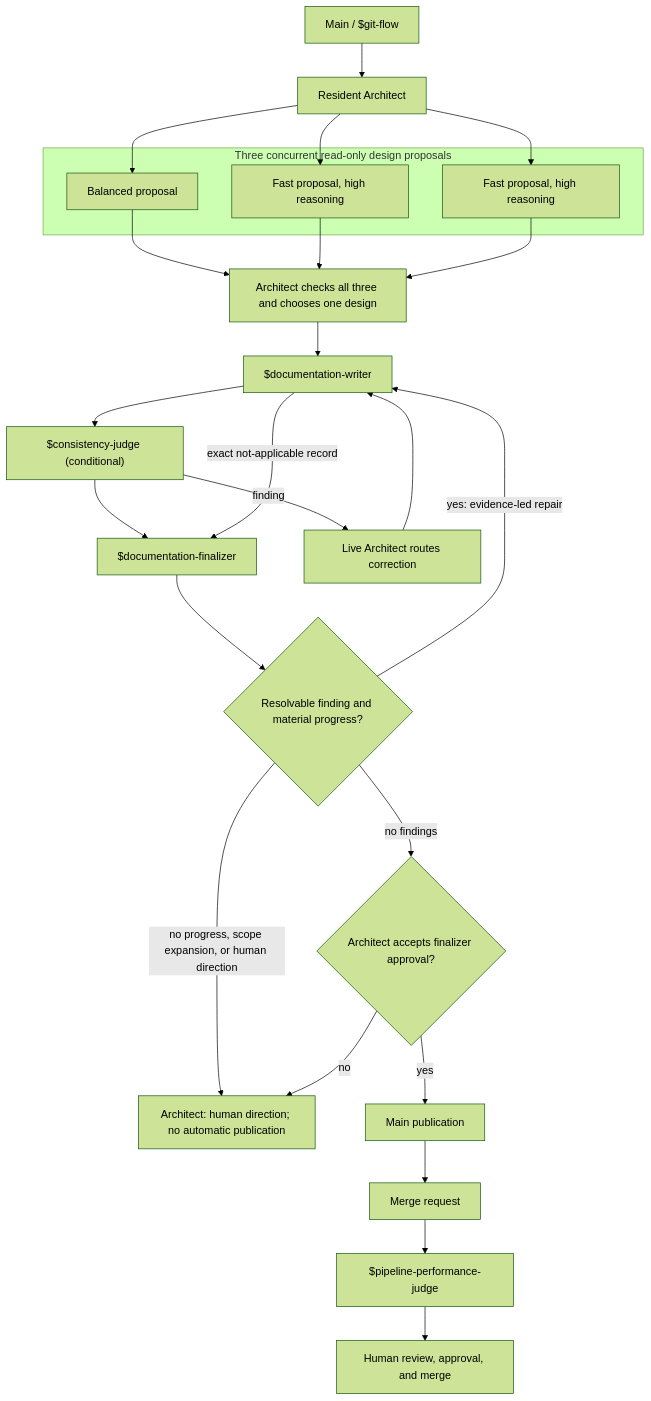
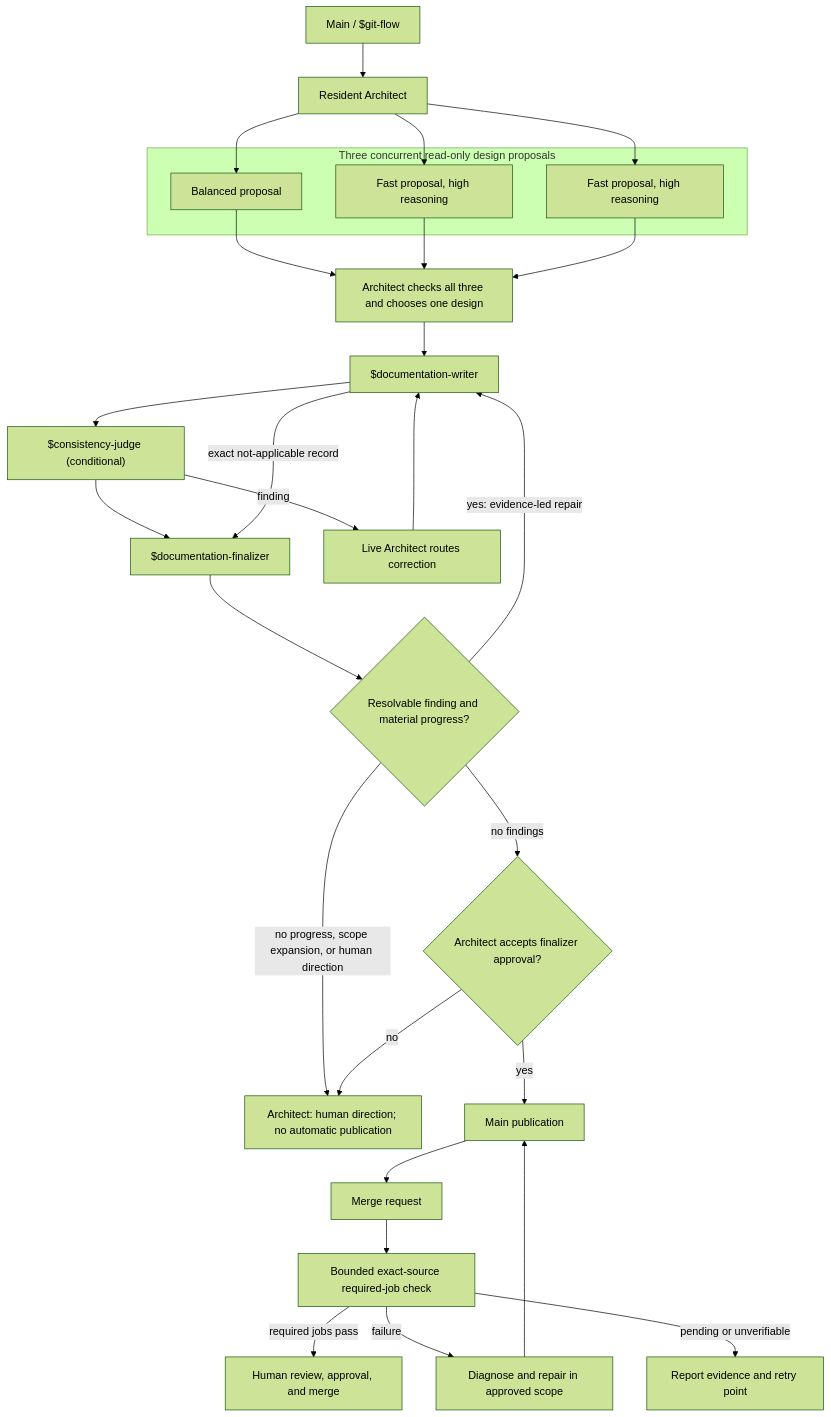
One commit to dfwguy/nvis-ova-agentic-copier changed the second of 5 diagrams in docs/explanation/agentic-workflow.md. Above: the diagram before and after it, drawn with Mermaid (forest theme). The commit also changed other lines of this file and 43 other files, not shown here.

Commit message:
fix: reconcile exact required pipeline jobs without duration gate (#259)

````diff
--- a/docs/explanation/agentic-workflow.md
+++ b/docs/explanation/agentic-workflow.md
@@ -336,30 +339,33 @@
 ```mermaid
 flowchart TD
     docmain["Main / $git-flow"] --> docarchitect["Resident Architect"]
     subgraph docproposals["Three concurrent read-only design proposals"]
         docbalanced["Balanced proposal"]
         docfastone["Fast proposal, high reasoning"]
         docfasttwo["Fast proposal, high reasoning"]
     end
     docarchitect --> docbalanced
     docarchitect --> docfastone
     docarchitect --> docfasttwo
     docbalanced --> docsynthesis["Architect checks all three and chooses one design"]
     docfastone --> docsynthesis
     docfasttwo --> docsynthesis
     docsynthesis --> docwriter["$documentation-writer"]
     docwriter --> docconsistency["$consistency-judge (conditional)"]
     docconsistency --> docfinalizer["$documentation-finalizer"]
     docwriter -- "exact not-applicable record" --> docfinalizer
     docconsistency -- "finding" --> doccorrection["Live Architect routes correction"]
     doccorrection --> docwriter
     docfinalizer --> docprogress{"Resolvable finding and material progress?"}
     docprogress -- "yes: evidence-led repair" --> docwriter
     docprogress -- "no findings" --> docdecision{"Architect accepts finalizer approval?"}
     docprogress -- "no progress, scope expansion, or human direction" --> dochuman["Architect: human direction; no automatic publication"]
     docdecision -- "yes" --> docpublish["Main publication"]
     docdecision -- "no" --> dochuman
     docpublish --> docmr["Merge request"]
-    docmr --> docpipeline["$pipeline-performance-judge"]
-    docpipeline --> dochumanreview["Human review, approval, and merge"]
+    docmr --> docpipeline["Bounded exact-source required-job check"]
+    docpipeline -- "required jobs pass" --> dochumanreview["Human review, approval, and merge"]
+    docpipeline -- "failure" --> docrepair["Diagnose and repair in approved scope"]
+    docrepair --> docpublish
+    docpipeline -- "pending or unverifiable" --> docretrycheck["Report evidence and retry point"]
 ```
````
